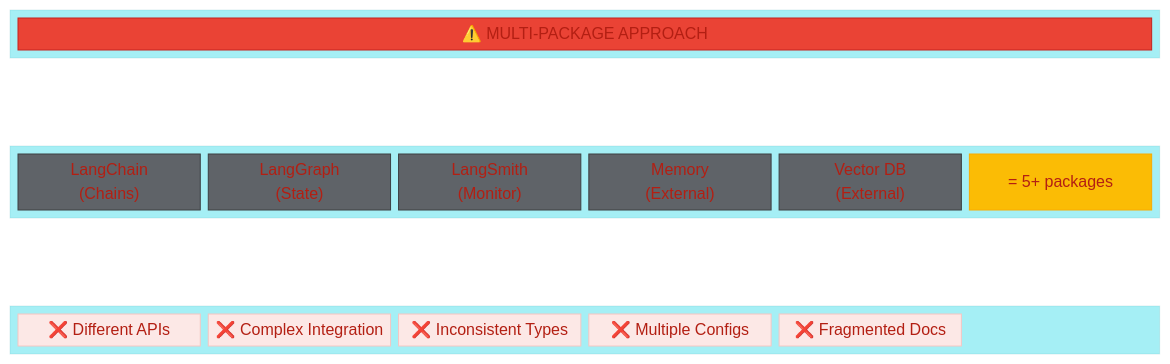
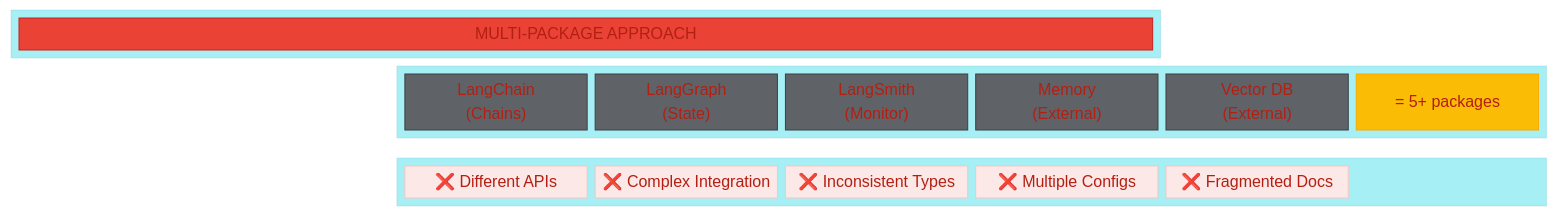
The second of 7 diagrams in docs/frameworks-n-platforms/ai-application-platforms/mastra-ai-framework.md (kranthiB/tech-pulse), drawn with Mermaid before and after one commit. The commit also changed other lines of this file and 1 other file, not shown here.

Commit message:
Fix Mastra AI Framework diagram styling and correct index link

````diff
--- a/docs/frameworks-n-platforms/ai-application-platforms/mastra-ai-framework.md
+++ b/docs/frameworks-n-platforms/ai-application-platforms/mastra-ai-framework.md
@@ -106,44 +106,44 @@
 ```mermaid
 %%{init: {'theme': 'base', 'themeVariables': { 'primaryColor': '#EA4335', 'primaryTextColor': '#fff', 'primaryBorderColor': '#C5221F', 'lineColor': '#5F6368'}}}%%
 block-beta
     columns 6
     
     block:tradHeader:6
-        tradTitle["⚠️ MULTI-PACKAGE APPROACH"]
+        tradTitle["MULTI-PACKAGE APPROACH"]
     end
     
-    space:6
+    space:2
     
     block:packages:6
         langchain["LangChain<br/>(Chains)"]
         langgraph["LangGraph<br/>(State)"]
         langsmith["LangSmith<br/>(Monitor)"]
         memoryPkg["Memory<br/>(External)"]
         vectordb["Vector DB<br/>(External)"]
         result["= 5+ packages"]
     end
     
-    space:6
+    space:2
     
     block:issues:6
         issue1["❌ Different APIs"]
         issue2["❌ Complex Integration"]
         issue3["❌ Inconsistent Types"]
         issue4["❌ Multiple Configs"]
         issue5["❌ Fragmented Docs"]
         space
     end
 
     style tradTitle fill:#EA4335,stroke:#C5221F,color:#fff
     style langchain fill:#5F6368,stroke:#3C4043,color:#fff
     style langgraph fill:#5F6368,stroke:#3C4043,color:#fff
     style langsmith fill:#5F6368,stroke:#3C4043,color:#fff
     style memoryPkg fill:#5F6368,stroke:#3C4043,color:#fff
     style vectordb fill:#5F6368,stroke:#3C4043,color:#fff
     style result fill:#FBBC05,stroke:#F9AB00,color:#202124
     style issue1 fill:#FCE8E6,stroke:#F5C6C2,color:#C5221F
     style issue2 fill:#FCE8E6,stroke:#F5C6C2,color:#C5221F
     style issue3 fill:#FCE8E6,stroke:#F5C6C2,color:#C5221F
     style issue4 fill:#FCE8E6,stroke:#F5C6C2,color:#C5221F
     style issue5 fill:#FCE8E6,stroke:#F5C6C2,color:#C5221F
 ```
````
